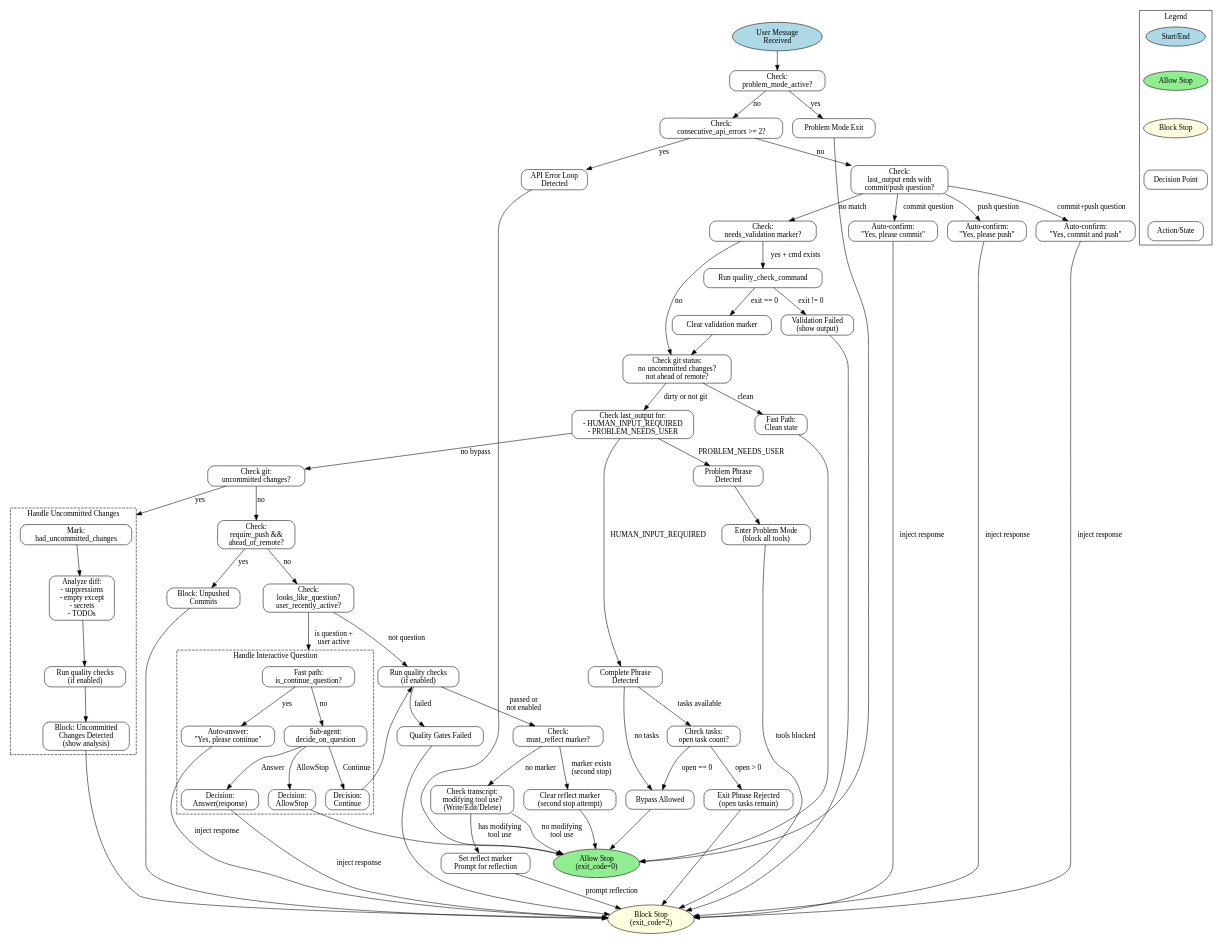
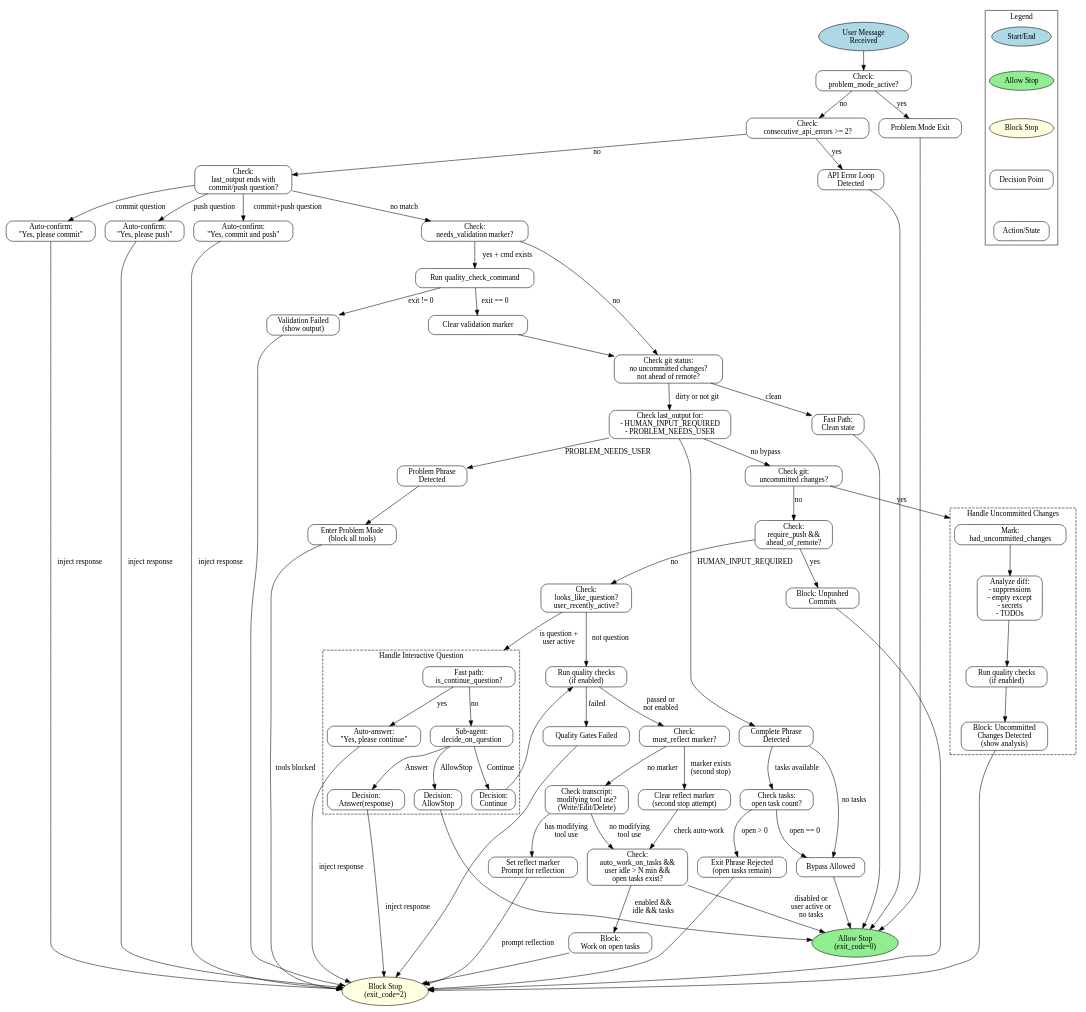
One commit to DRMacIver/claude-reliability changed the diagram in docs/stop-hook-states.dot. Above: the diagram before and after it, drawn with Graphviz. The commit also changed 48 other files, not shown here.

First line of the commit message:
Add plugin skills and auto-work task mode

```diff
--- a/docs/stop-hook-states.dot
+++ b/docs/stop-hook-states.dot
@@ -92,6 +92,10 @@
     CheckModifyingTools [label="Check transcript:\nmodifying tool use?\n(Write/Edit/Delete)"];
     SetReflectMarker [label="Set reflect marker\nPrompt for reflection"];
 
+    // 12. Auto-Work Task Check
+    CheckAutoWorkTasks [label="Check:\nauto_work_on_tasks &&\nuser idle > N min &&\nopen tasks exist?"];
+    AutoWorkBlock [label="Block:\nWork on open tasks"];
+
     // ========== Transitions ==========
 
     // Start
@@ -180,10 +184,15 @@
     // 11. Simple Reflection (marker-based)
     CheckReflectMarker -> ClearReflectMarker [label="marker exists\n(second stop)"];
     CheckReflectMarker -> CheckModifyingTools [label="no marker"];
-    ClearReflectMarker -> AllowStop;
+    ClearReflectMarker -> CheckAutoWorkTasks [label="check auto-work"];
     CheckModifyingTools -> SetReflectMarker [label="has modifying\ntool use"];
-    CheckModifyingTools -> AllowStop [label="no modifying\ntool use"];
+    CheckModifyingTools -> CheckAutoWorkTasks [label="no modifying\ntool use"];
     SetReflectMarker -> BlockStop [label="prompt reflection"];
+
+    // 12. Auto-Work Task Check
+    CheckAutoWorkTasks -> AutoWorkBlock [label="enabled &&\nidle && tasks"];
+    CheckAutoWorkTasks -> AllowStop [label="disabled or\nuser active or\nno tasks"];
+    AutoWorkBlock -> BlockStop;
 
     // ========== Legend ==========
     subgraph cluster_legend {
```
